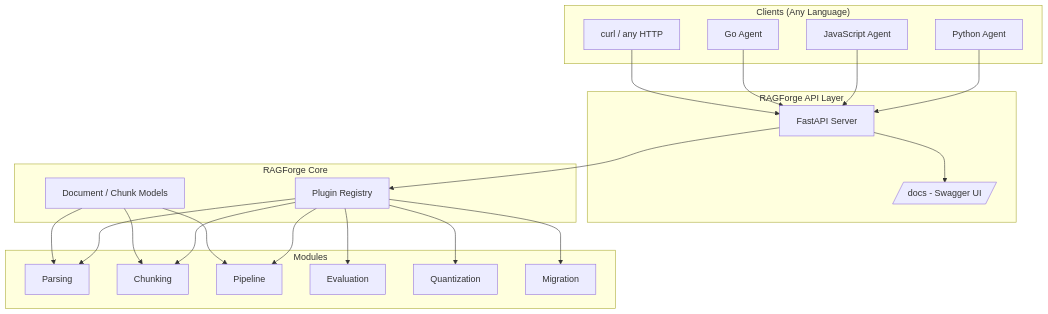
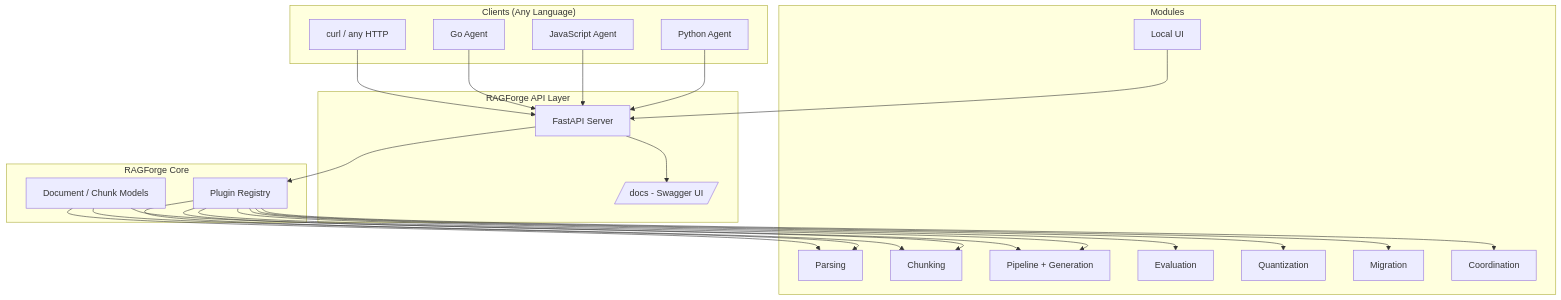
The first of 3 diagrams in website/docs/core-concepts/architecture.md (samsuljahith/RagForge), drawn with Mermaid before and after one commit. The commit also changed other lines of this file and 16 other files, not shown here.

````diff
--- a/website/docs/core-concepts/architecture.md
+++ b/website/docs/core-concepts/architecture.md
@@ -11,44 +11,48 @@
 ```mermaid
 graph TB
     subgraph "Clients (Any Language)"
         PY[Python Agent]
         JS[JavaScript Agent]
         GO[Go Agent]
         CURL[curl / any HTTP]
     end
 
     subgraph "RAGForge API Layer"
         API[FastAPI Server]
         DOCS[/docs - Swagger UI/]
     end
 
     subgraph "RAGForge Core"
         REG[Plugin Registry]
         MOD[Document / Chunk Models]
     end
 
     subgraph "Modules"
         PARSE[Parsing]
         CHUNK[Chunking]
-        PIPE[Pipeline]
+        PIPE[Pipeline + Generation]
         EVAL[Evaluation]
         QUANT[Quantization]
         MIG[Migration]
+        COORD[Coordination]
+        UI[Local UI]
     end
 
     PY --> API
     JS --> API
     GO --> API
     CURL --> API
     API --> DOCS
     API --> REG
     REG --> PARSE
     REG --> CHUNK
     REG --> PIPE
     REG --> EVAL
     REG --> QUANT
     REG --> MIG
+    REG --> COORD
     MOD --> PARSE
     MOD --> CHUNK
     MOD --> PIPE
+    UI --> API
 ```
````
